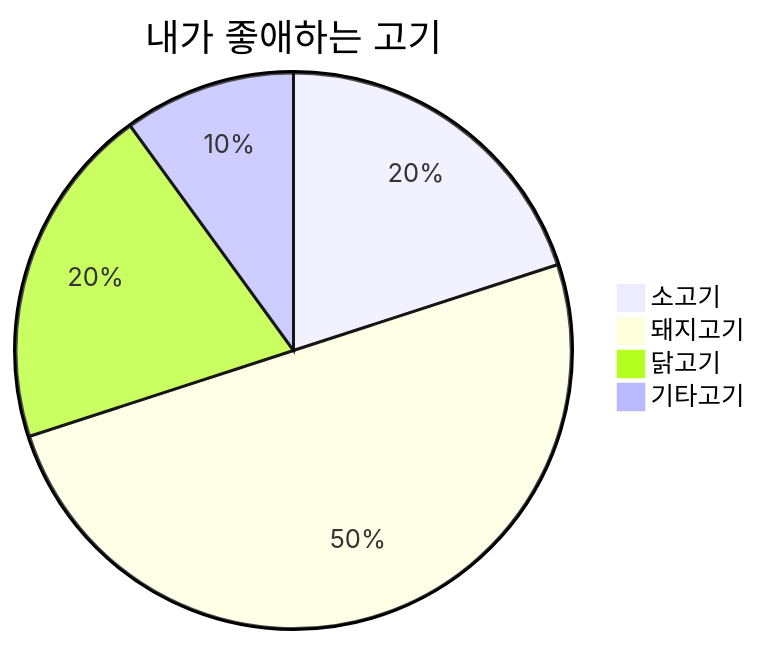
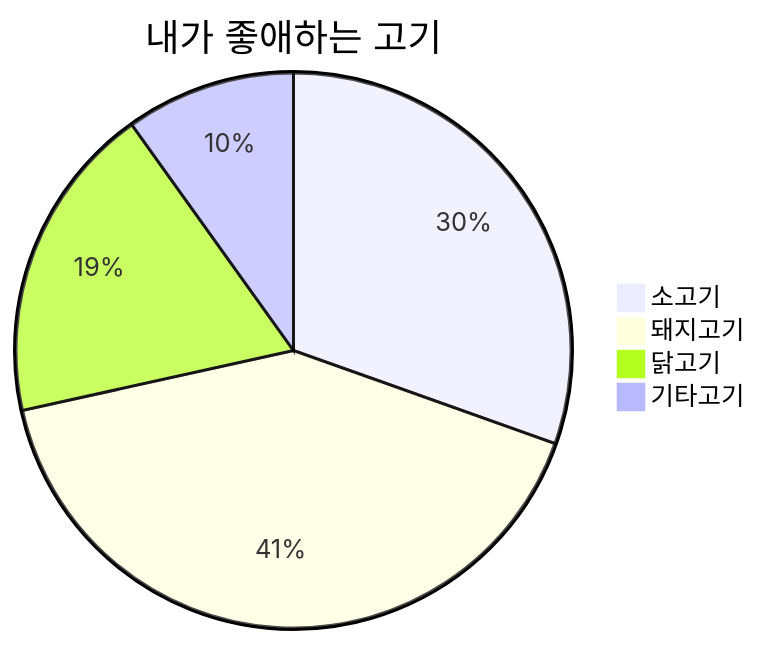
Before and after one commit to highlow12/Obsidian: the first of 8 diagrams in 4. 아카이브/옵시디언 문법/Mermaid 문법.md, drawn with Mermaid. The commit also changed 1 other file, not shown here.

Commit message:
vault backup: 2024-09-09 12:17:41

````diff
--- a/4. 아카이브/옵시디언 문법/Mermaid 문법.md
+++ b/4. 아카이브/옵시디언 문법/Mermaid 문법.md
@@ -2,7 +2,7 @@
 ```mermaid
 pie title 내가 좋애하는 고기
-	"소고기": 20
-	"돼지고기": 50
-	"닭고기": 20
-	"기타고기": 10
+	"소고기": 400
+	"돼지고기": 540
+	"닭고기": 244
+	"기타고기": 130
 ```
````
